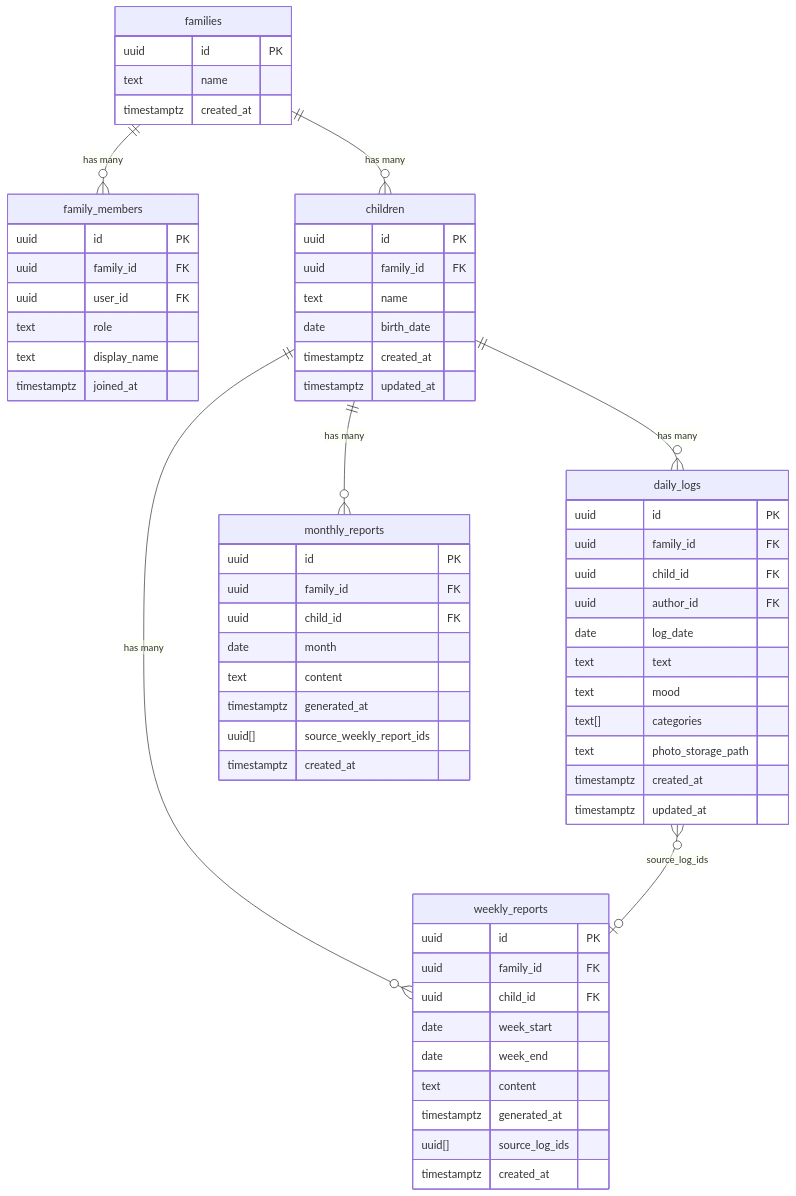
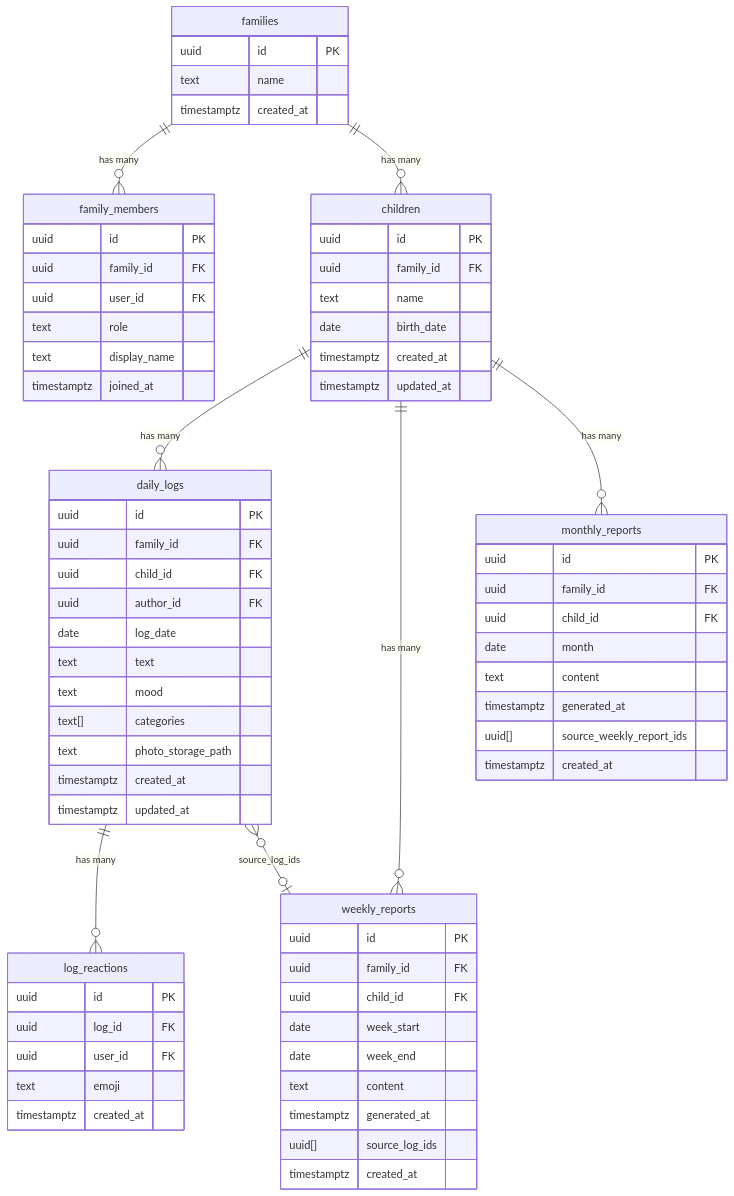
The second of 4 diagrams in docs/functional-design.md (Hiroaki0117/baby-weekly-letter), drawn with Mermaid before and after one commit. The commit also changed other lines of this file and 4 other files, not shown here.

````diff
--- a/docs/functional-design.md
+++ b/docs/functional-design.md
@@ -38,70 +38,79 @@
 ```mermaid
 erDiagram
     families ||--o{ family_members : "has many"
     families ||--o{ children : "has many"
     children ||--o{ daily_logs : "has many"
     children ||--o{ weekly_reports : "has many"
     children ||--o{ monthly_reports : "has many"
+    daily_logs ||--o{ log_reactions : "has many"
     daily_logs }o--o| weekly_reports : "source_log_ids"
 
     families {
         uuid id PK
         text name
         timestamptz created_at
     }
 
     family_members {
         uuid id PK
         uuid family_id FK
         uuid user_id FK
         text role
         text display_name
         timestamptz joined_at
     }
 
     children {
         uuid id PK
         uuid family_id FK
         text name
         date birth_date
         timestamptz created_at
         timestamptz updated_at
     }
 
     daily_logs {
         uuid id PK
         uuid family_id FK
         uuid child_id FK
         uuid author_id FK
         date log_date
         text text
         text mood
         text[] categories
         text photo_storage_path
         timestamptz created_at
         timestamptz updated_at
     }
 
     weekly_reports {
         uuid id PK
         uuid family_id FK
         uuid child_id FK
         date week_start
         date week_end
         text content
         timestamptz generated_at
         uuid[] source_log_ids
         timestamptz created_at
     }
 
     monthly_reports {
         uuid id PK
         uuid family_id FK
         uuid child_id FK
         date month
         text content
         timestamptz generated_at
         uuid[] source_weekly_report_ids
         timestamptz created_at
     }
+
+    log_reactions {
+        uuid id PK
+        uuid log_id FK
+        uuid user_id FK
+        text emoji
+        timestamptz created_at
+    }
 ```
````
